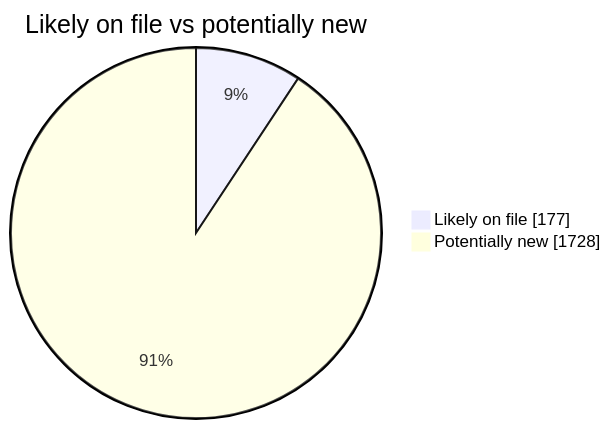
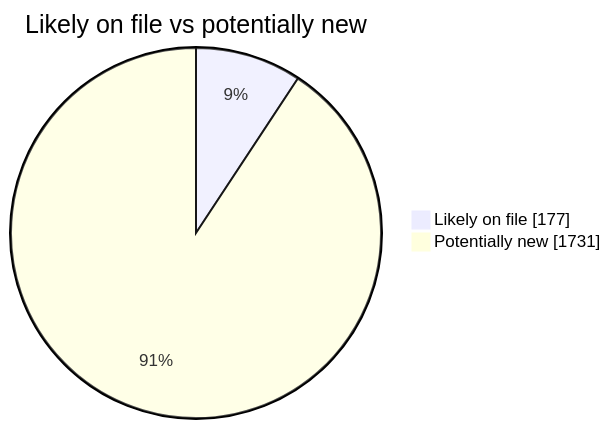
Before and after one commit to martinbalfanz/social-scanner-reports: the second of 4 diagrams in README.md, drawn with Mermaid. The commit also changed other lines of this file and 4 other files, not shown here.

````diff
--- a/README.md
+++ b/README.md
@@ -40,5 +40,5 @@
 ```mermaid
 pie showData title Likely on file vs potentially new
     "Likely on file" : 177
-    "Potentially new" : 1728
+    "Potentially new" : 1731
 ```
````
